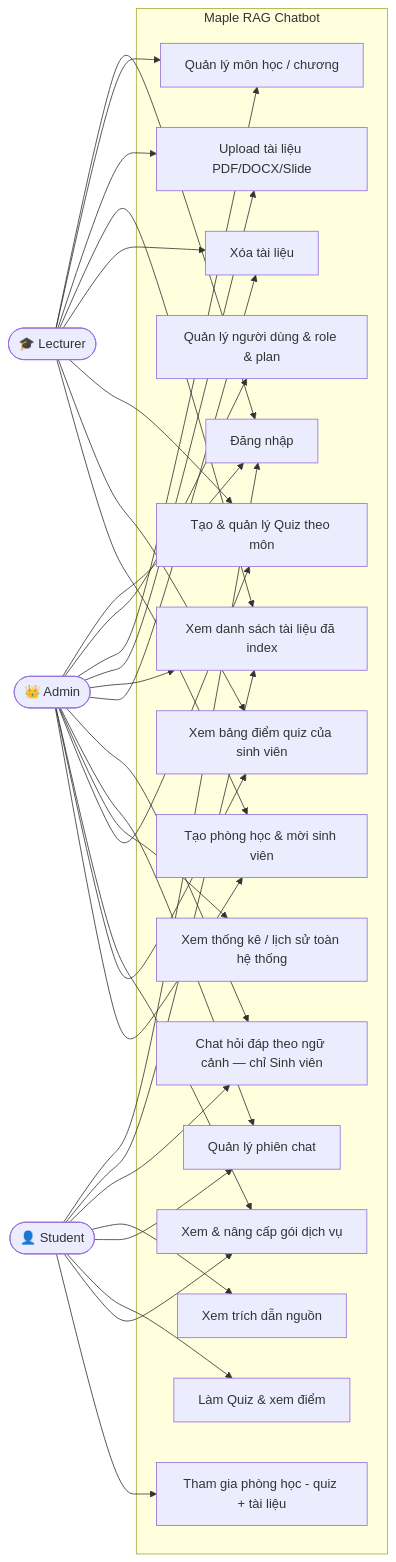
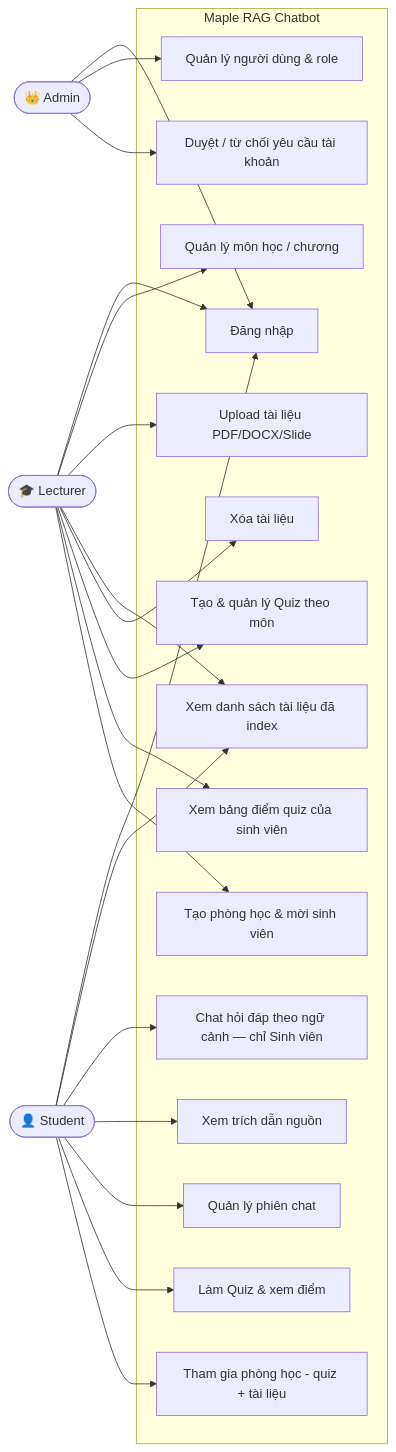
One commit to Scobydoo1/swd changed the first of 9 diagrams in readme.md. Above: the diagram before and after it, drawn with Mermaid. The commit also changed other lines of this file and 27 other files, not shown here.

First line of the commit message:
feat: bỏ subscription/gói dịch vụ + Admin chỉ quản lý người dùng (UI)

````diff
--- a/readme.md
+++ b/readme.md
@@ -49,57 +48,45 @@
 ```mermaid
 graph LR
     Admin([👑 Admin])
     Lecturer([🎓 Lecturer])
     User([👤 Student])
 
     subgraph "Maple RAG Chatbot"
         UC1[Đăng nhập]
-        UC2[Quản lý người dùng & role & plan]
+        UC2[Quản lý người dùng & role]
         UC3[Quản lý môn học / chương]
         UC4[Upload tài liệu PDF/DOCX/Slide]
         UC5[Xem danh sách tài liệu đã index]
         UC6[Xóa tài liệu]
         UC7[Chat hỏi đáp theo ngữ cảnh — chỉ Sinh viên]
         UC8[Xem trích dẫn nguồn]
         UC9[Quản lý phiên chat]
-        UC10[Xem thống kê / lịch sử toàn hệ thống]
+        UC10[Duyệt / từ chối yêu cầu tài khoản]
         UC11[Tạo & quản lý Quiz theo môn]
         UC12[Làm Quiz & xem điểm]
-        UC13[Xem & nâng cấp gói dịch vụ]
         UC14[Xem bảng điểm quiz của sinh viên]
         UC15[Tạo phòng học & mời sinh viên]
         UC16[Tham gia phòng học - quiz + tài liệu]
     end
 
     User --> UC1
     User --> UC5
     User --> UC7
     User --> UC8
     User --> UC9
     User --> UC12
-    User --> UC13
     User --> UC16
 
     Lecturer --> UC1
     Lecturer --> UC3
     Lecturer --> UC4
     Lecturer --> UC5
     Lecturer --> UC6
     Lecturer --> UC11
     Lecturer --> UC14
     Lecturer --> UC15
 
     Admin --> UC1
     Admin --> UC2
-    Admin --> UC3
-    Admin --> UC4
-    Admin --> UC5
-    Admin --> UC6
-    Admin --> UC7
-    Admin --> UC9
     Admin --> UC10
-    Admin --> UC11
-    Admin --> UC13
-    Admin --> UC14
-    Admin --> UC15
 ```
````
